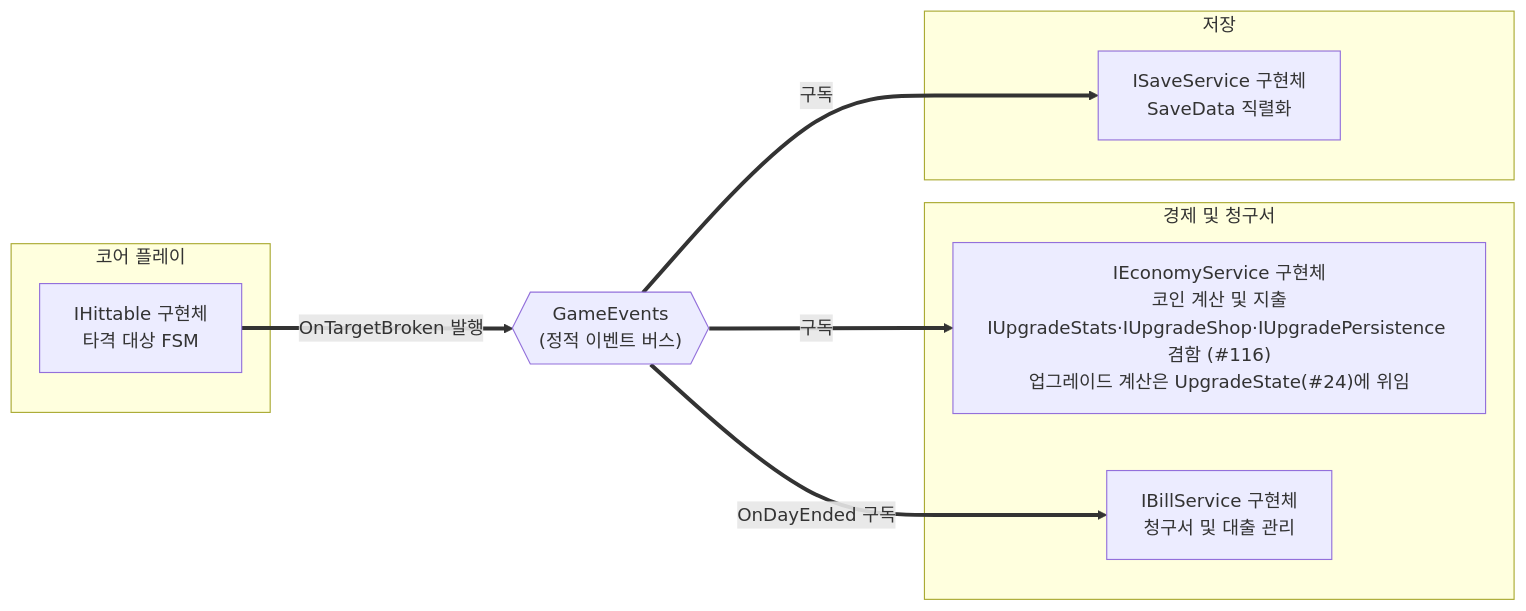
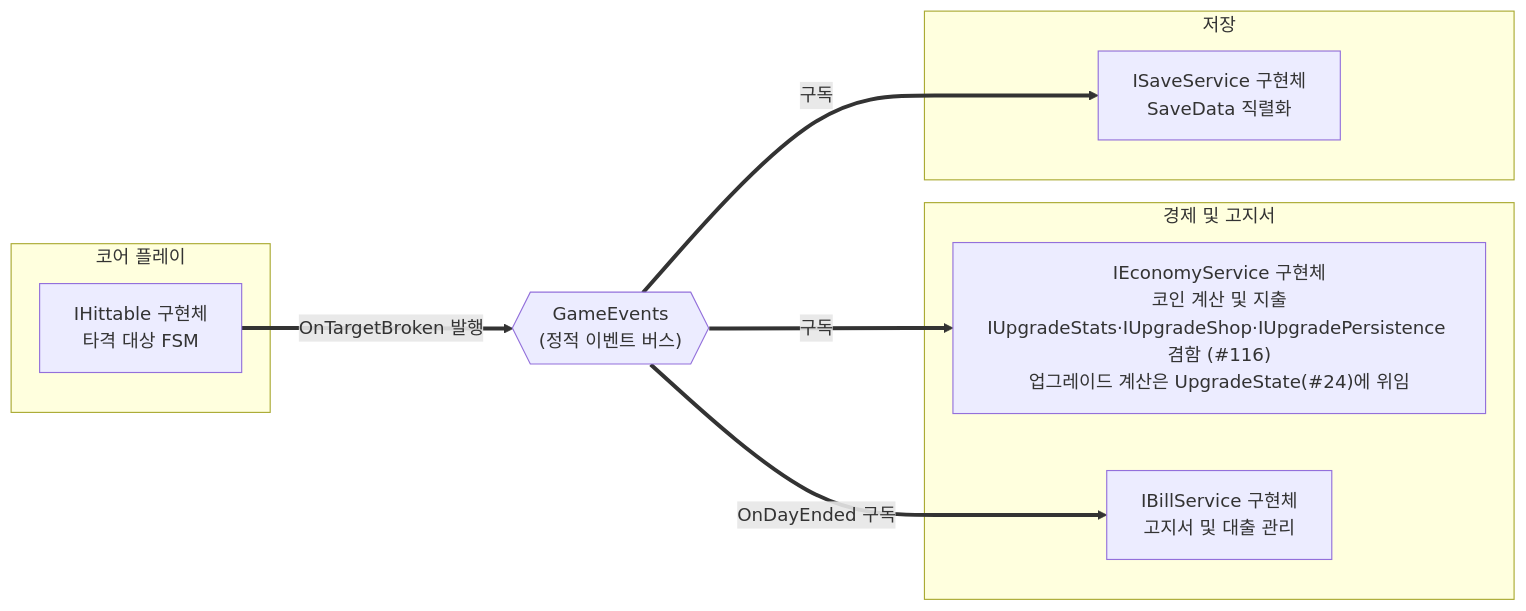
One commit to KDNA-Gwangju-1/NCAIClicker changed the diagram in docs/TECH_NOTES/contracts.md. Above: the diagram before and after it, drawn with Mermaid. The commit also changed other lines of this file and 66 other files, not shown here.

````diff
--- a/docs/TECH_NOTES/contracts.md
+++ b/docs/TECH_NOTES/contracts.md
@@ -31,22 +31,22 @@
 ```mermaid
 flowchart LR
   subgraph Core["코어 플레이"]
     Hittable["IHittable 구현체<br/>타격 대상 FSM"]
   end
 
-  subgraph Economy["경제 및 청구서"]
+  subgraph Economy["경제 및 고지서"]
     EconService["IEconomyService 구현체<br/>코인 계산 및 지출<br/>IUpgradeStats·IUpgradeShop·IUpgradePersistence 겸함 (#116)<br/>업그레이드 계산은 UpgradeState(#24)에 위임"]
-    BillService["IBillService 구현체<br/>청구서 및 대출 관리"]
+    BillService["IBillService 구현체<br/>고지서 및 대출 관리"]
   end
 
   subgraph Save["저장"]
     SaveService["ISaveService 구현체<br/>SaveData 직렬화"]
   end
 
   events{{"GameEvents<br/>(정적 이벤트 버스)"}}
 
   Hittable == "OnTargetBroken 발행" ==> events
   events == "구독" ==> EconService
   events == "OnDayEnded 구독" ==> BillService
   events == "구독" ==> SaveService
 ```
````
